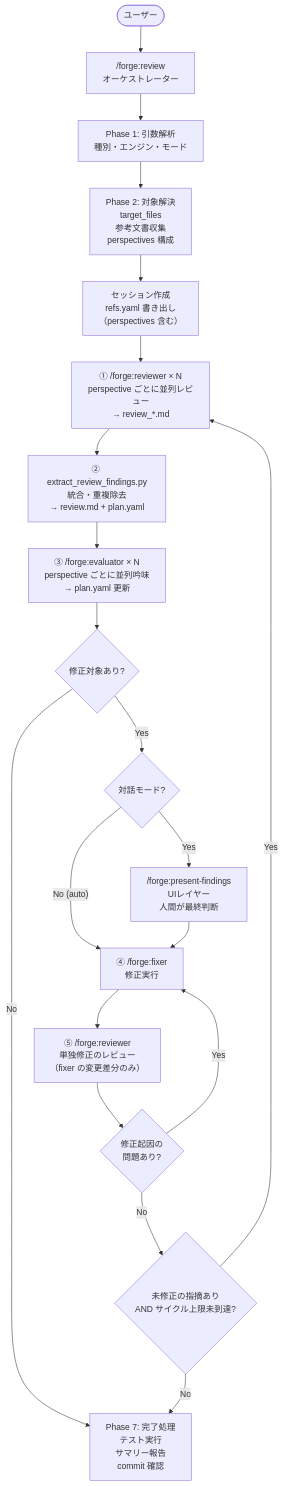
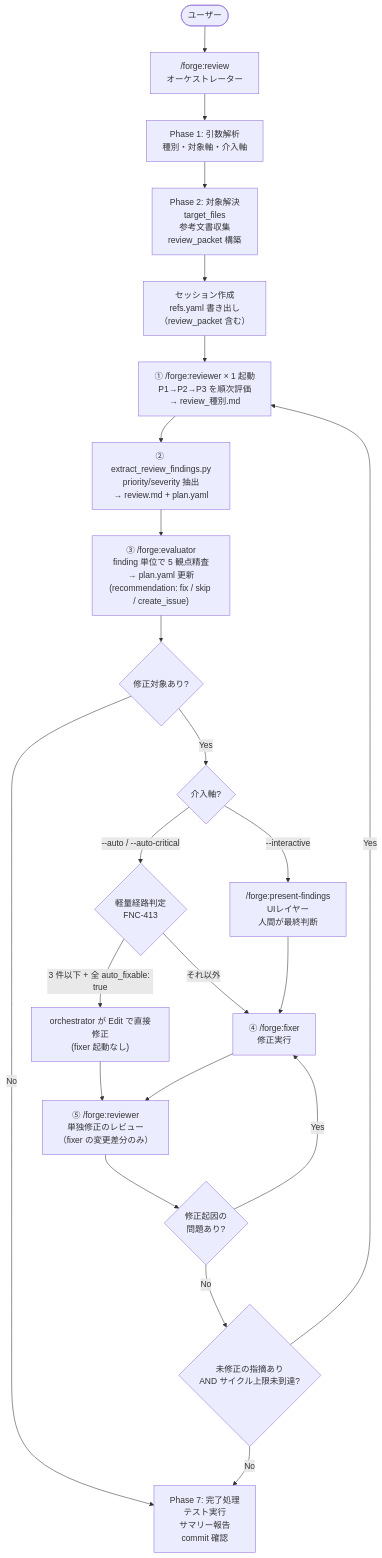
The first of 2 diagrams in docs/specs/forge/design/DES-015_review_workflow_design.md (BlueEventHorizon/bw-cc-plugins), drawn with Mermaid before and after one commit. The commit also changed other lines of this file and 8 other files, not shown here.

First line of the commit message:
docs: merge forge-review feature into forge specs

````diff
--- a/docs/specs/forge/design/DES-015_review_workflow_design.md
+++ b/docs/specs/forge/design/DES-015_review_workflow_design.md
@@ -53,38 +56,43 @@
 ```mermaid
 flowchart TD
     User([ユーザー]) --> ORCHESTRATOR
 
     ORCHESTRATOR["/forge:review<br>オーケストレーター"] --> PARSE
 
-    PARSE["Phase 1: 引数解析<br>種別・エンジン・モード"] --> RESOLVE
+    PARSE["Phase 1: 引数解析<br>種別・対象軸・介入軸"] --> RESOLVE
 
-    RESOLVE["Phase 2: 対象解決<br>target_files<br>参考文書収集<br>perspectives 構成"] --> SESSION
+    RESOLVE["Phase 2: 対象解決<br>target_files<br>参考文書収集<br>review_packet 構築"] --> SESSION
 
-    SESSION["セッション作成<br>refs.yaml 書き出し<br>（perspectives 含む）"] --> REVIEWERS
+    SESSION["セッション作成<br>refs.yaml 書き出し<br>（review_packet 含む）"] --> REVIEWERS
 
-    REVIEWERS["① /forge:reviewer × N<br>perspective ごとに並列レビュー<br>→ review_*.md"] --> EXTRACT
+    REVIEWERS["① /forge:reviewer × 1 起動<br>P1→P2→P3 を順次評価<br>→ review_種別.md"] --> EXTRACT
 
-    EXTRACT["② extract_review_findings.py<br>統合・重複除去<br>→ review.md + plan.yaml"] --> EVALUATORS
+    EXTRACT["② extract_review_findings.py<br>priority/severity 抽出<br>→ review.md + plan.yaml"] --> EVALUATORS
 
-    EVALUATORS["③ /forge:evaluator × N<br>perspective ごとに並列吟味<br>→ plan.yaml 更新"] --> FIX_CHECK
+    EVALUATORS["③ /forge:evaluator<br>finding 単位で 5 観点精査<br>→ plan.yaml 更新<br>(recommendation: fix / skip / create_issue)"] --> FIX_CHECK
 
     FIX_CHECK{修正対象あり?} -->|"No"| COMPLETE
     FIX_CHECK -->|"Yes"| MODE_CHECK
 
-    MODE_CHECK{対話モード?} -->|"Yes"| PRESENT
-    MODE_CHECK -->|"No (auto)"| FIXER
+    MODE_CHECK{介入軸?} -->|"--interactive"| PRESENT
+    MODE_CHECK -->|"--auto / --auto-critical"| LIGHT_CHECK
+
+    LIGHT_CHECK{軽量経路判定<br>FNC-413} -->|"3 件以下 + 全 auto_fixable: true"| DIRECT_EDIT
+    LIGHT_CHECK -->|"それ以外"| FIXER
+
+    DIRECT_EDIT["orchestrator が Edit で直接修正<br>(fixer 起動なし)"] --> RE_REVIEW
 
     PRESENT["/forge:present-findings<br>UIレイヤー<br>人間が最終判断"] --> FIXER
 
     FIXER["④ /forge:fixer<br>修正実行"] --> RE_REVIEW
 
     RE_REVIEW["⑤ /forge:reviewer<br>単独修正のレビュー<br>（fixer の変更差分のみ）"] --> FIX_ISSUE_CHECK
 
     FIX_ISSUE_CHECK{修正起因の<br>問題あり?} -->|"Yes"| FIXER
     FIX_ISSUE_CHECK -->|"No"| CYCLE_CHECK
 
     CYCLE_CHECK{未修正の指摘あり<br>AND サイクル上限未到達?} -->|"Yes"| REVIEWERS
     CYCLE_CHECK -->|"No"| COMPLETE
 
     COMPLETE["Phase 7: 完了処理<br>テスト実行<br>サマリー報告<br>commit 確認"]
 ```
````
